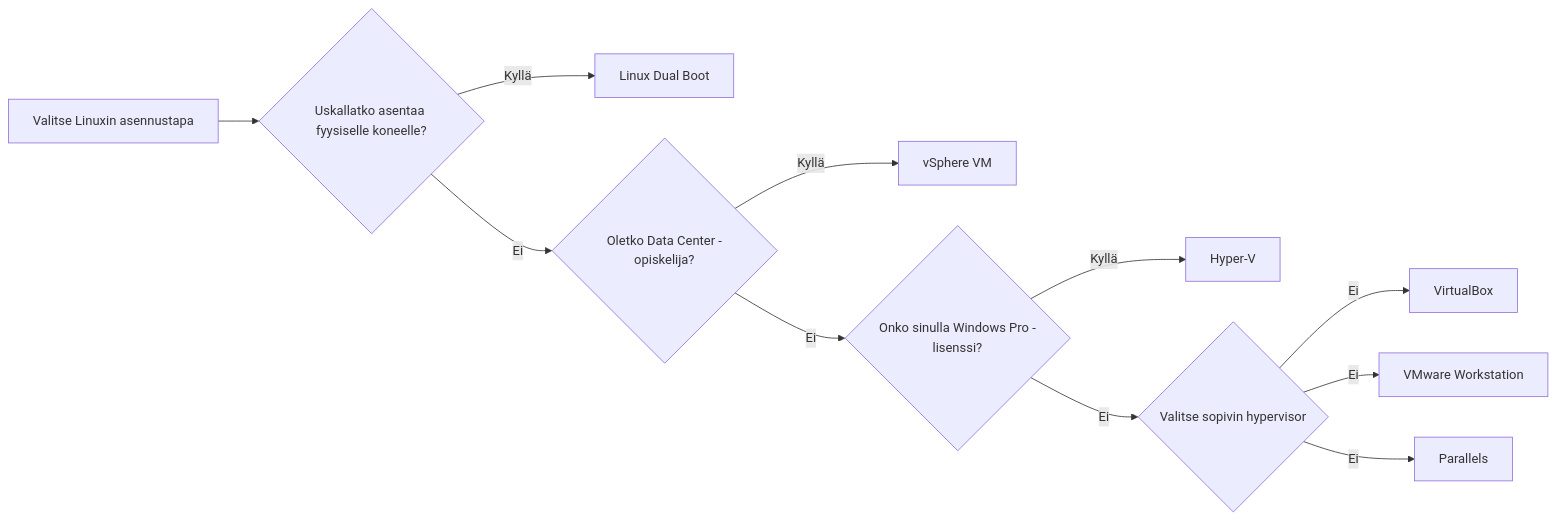
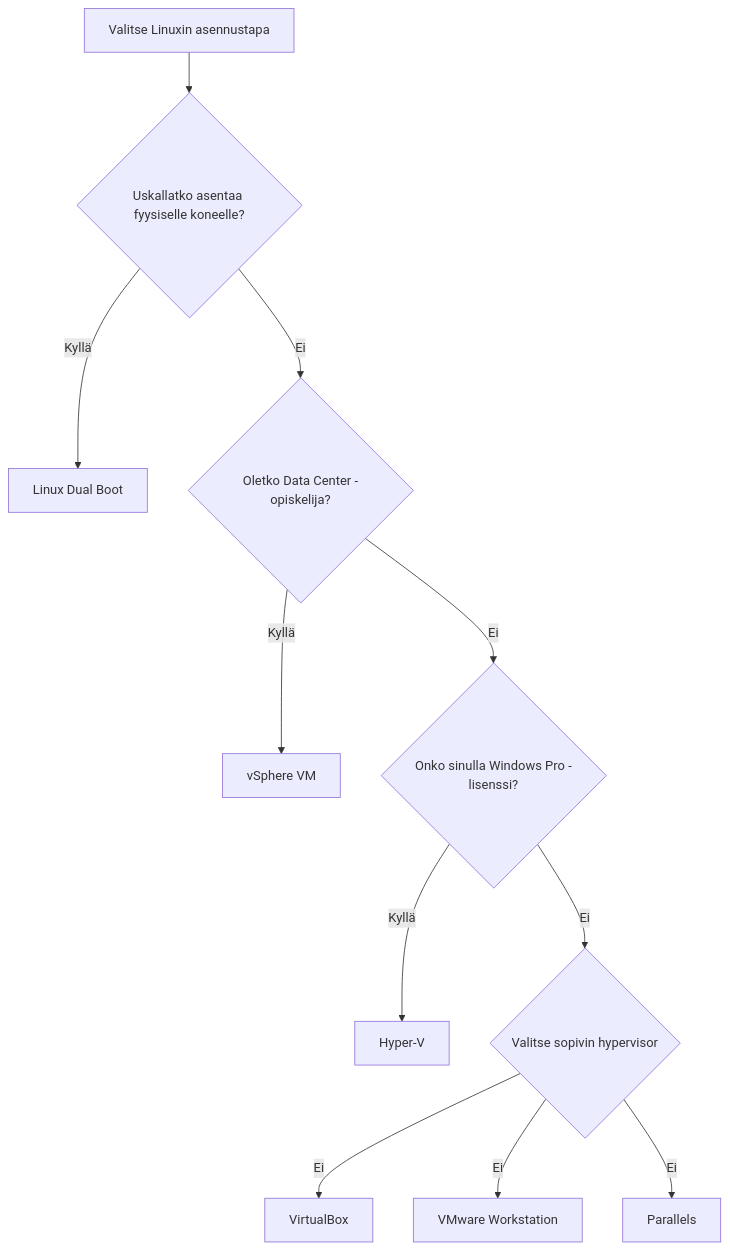
Before and after one commit to sourander/linux-perusteet: the diagram in docs/asennus/aloita.md, drawn with Mermaid. The commit also changed other lines of this file and 9 other files, not shown here.

````diff
--- a/docs/asennus/aloita.md
+++ b/docs/asennus/aloita.md
@@ -43,13 +43,13 @@
 ```mermaid
-graph LR
+graph TD
     A[Valitse Linuxin asennustapa] --> B{Uskallatko asentaa fyysiselle koneelle?}
     B -->|Kyllä| C[Linux Dual Boot]
     B -->|Ei| D{Oletko Data Center -opiskelija?}
     D -->|Kyllä| E[vSphere VM]
     D -->|Ei| F{Onko sinulla Windows Pro -lisenssi?}
     F -->|Kyllä| G[Hyper-V]
     F -->|Ei| H{Valitse sopivin hypervisor}
     H -->|Ei| J[VirtualBox]
     H -->|Ei| K[VMware Workstation]
     H -->|Ei| L[Parallels]
 ```
````
